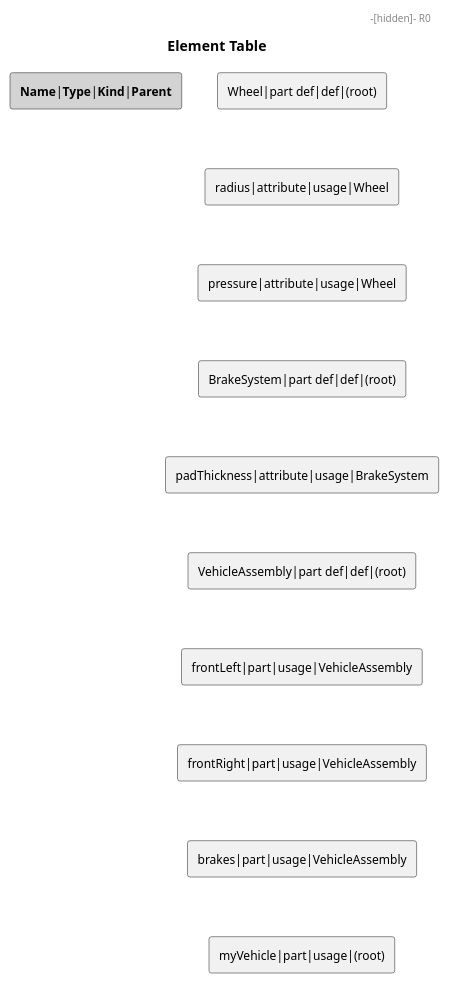
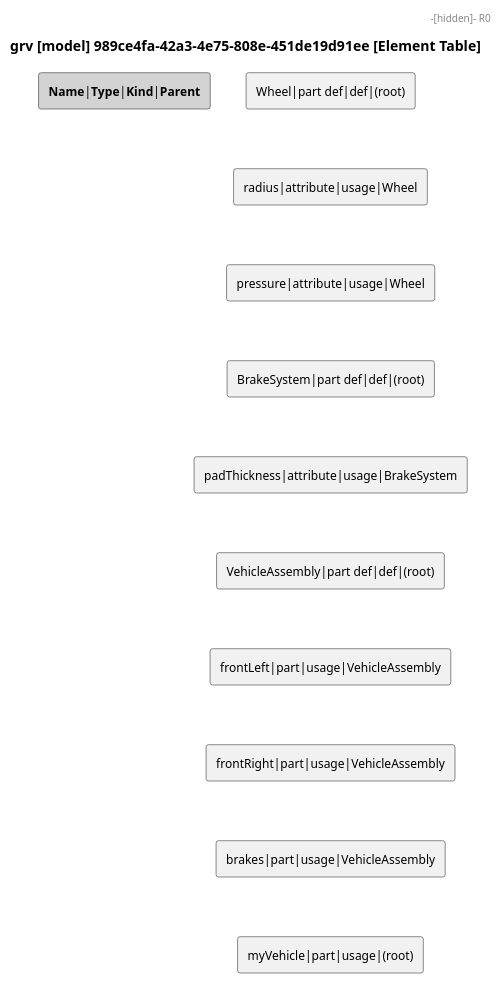
The diagram in plantuml-examples/13-element-table.puml (mycr0ft/sysmlpy), drawn with PlantUML before and after one commit. The commit also changed 28 other files, not shown here.

```diff
--- a/plantuml-examples/13-element-table.puml
+++ b/plantuml-examples/13-element-table.puml
@@ -1,31 +1,31 @@
 @startuml
 
 skinparam monochrome true
 skinparam defaultFontSize 12
 skinparam defaultFontName Helvetica
 
-title Element Table
+title grv [model] 989ce4fa-42a3-4e75-808e-451de19d91ee [Element Table]
 
 rectangle "<b>Name</b>|<b>Type</b>|<b>Kind</b>|<b>Parent</b>" as HEADER #LightGray
 rectangle "Wheel|part def|def|(root)" as R0
 rectangle "radius|attribute|usage|Wheel" as R1
 rectangle "pressure|attribute|usage|Wheel" as R2
 rectangle "BrakeSystem|part def|def|(root)" as R3
 rectangle "padThickness|attribute|usage|BrakeSystem" as R4
 rectangle "VehicleAssembly|part def|def|(root)" as R5
 rectangle "frontLeft|part|usage|VehicleAssembly" as R6
 rectangle "frontRight|part|usage|VehicleAssembly" as R7
 rectangle "brakes|part|usage|VehicleAssembly" as R8
 rectangle "myVehicle|part|usage|(root)" as R9
 HEADER -[hidden]- R0
 R0 -[hidden]- R1
 R1 -[hidden]- R2
 R2 -[hidden]- R3
 R3 -[hidden]- R4
 R4 -[hidden]- R5
 R5 -[hidden]- R6
 R6 -[hidden]- R7
 R7 -[hidden]- R8
 R8 -[hidden]- R9
 
 @enduml
```
